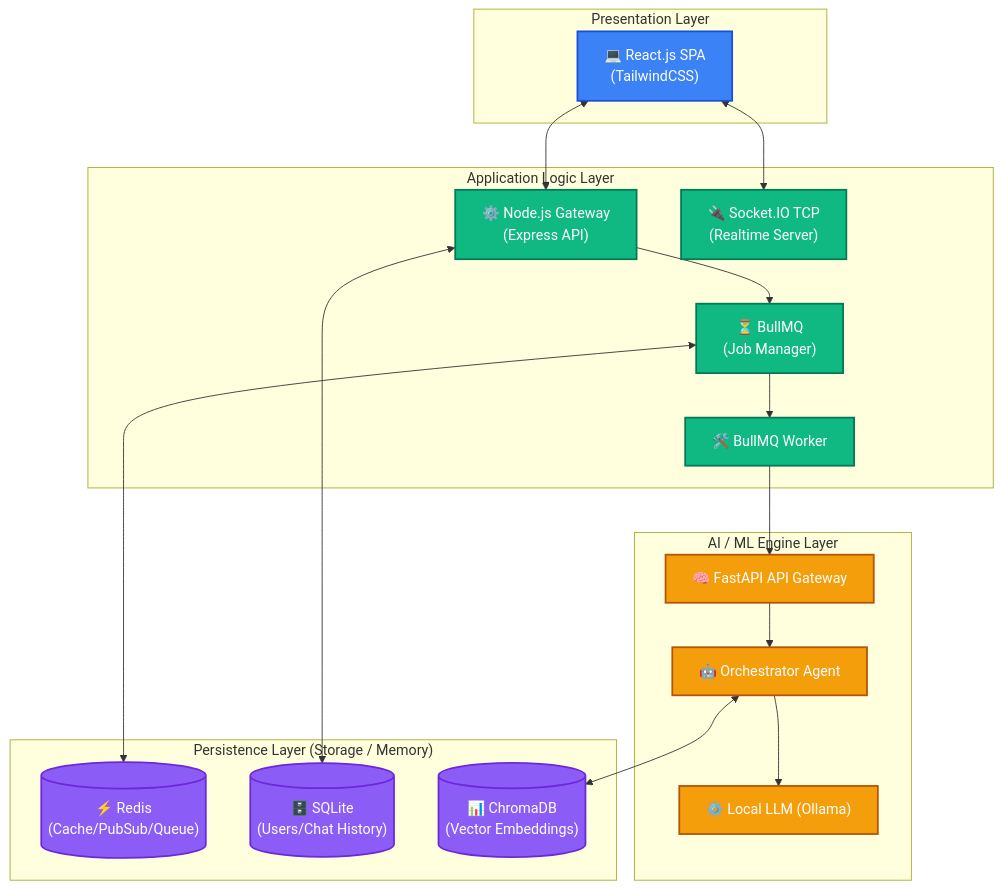
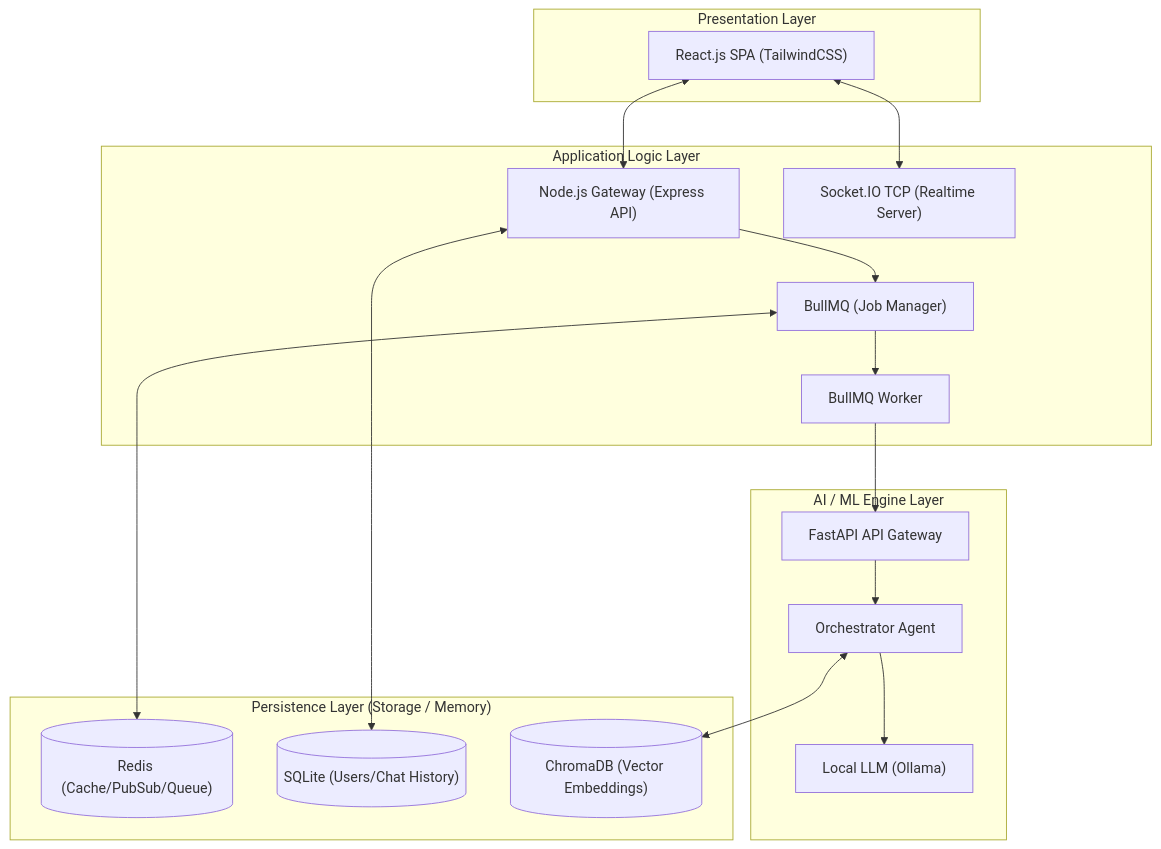
The first of 3 diagrams in README.md (2imyuH/RAG_LLM_ChatBot), drawn with Mermaid before and after one commit. The commit also changed other lines of this file, not shown here.

````diff
--- a/README.md
+++ b/README.md
@@ -15,41 +15,36 @@
 ```mermaid
 graph TD
-    classDef frontend fill:#3b82f6,stroke:#1d4ed8,stroke-width:2px,color:#fff
-    classDef backend fill:#10b981,stroke:#047857,stroke-width:2px,color:#fff
-    classDef ai fill:#f59e0b,stroke:#b45309,stroke-width:2px,color:#fff
-    classDef db fill:#8b5cf6,stroke:#6d28d9,stroke-width:2px,color:#fff
-
     subgraph "Presentation Layer"
-        UI["💻 React.js SPA<br/>(TailwindCSS)"]:::frontend
+        UI["React.js SPA (TailwindCSS)"]
     end
 
     subgraph "Application Logic Layer"
-        API["⚙️ Node.js Gateway<br/>(Express API)"]:::backend
-        SOCKET["🔌 Socket.IO TCP<br/>(Realtime Server)"]:::backend
-        QUEUE["⏳ BullMQ<br/>(Job Manager)"]:::backend
-        WORKER["🛠️ BullMQ Worker"]:::backend
+        API["Node.js Gateway (Express API)"]
+        SOCKET["Socket.IO TCP (Realtime Server)"]
+        QUEUE["BullMQ (Job Manager)"]
+        WORKER["BullMQ Worker"]
     end
 
     subgraph "AI / ML Engine Layer"
-        FASTAPI["🧠 FastAPI API Gateway"]:::ai
-        AGENT["🤖 Orchestrator Agent"]:::ai
-        LLM["⚙️ Local LLM (Ollama)"]:::ai
+        FASTAPI["FastAPI API Gateway"]
+        AGENT["Orchestrator Agent"]
+        LLM["Local LLM (Ollama)"]
     end
 
     subgraph "Persistence Layer (Storage / Memory)"
-        REDIS[("⚡ Redis<br>(Cache/PubSub/Queue)")]:::db
-        SQLITE[("🗄️ SQLite<br/>(Users/Chat History)")]:::db
-        CHROMA[("📊 ChromaDB<br/>(Vector Embeddings)")]:::db
+        REDIS[("Redis (Cache/PubSub/Queue)")]
+        SQLITE[("SQLite (Users/Chat History)")]
+        CHROMA[("ChromaDB (Vector Embeddings)")]
     end
 
     UI <--> API
     UI <--> SOCKET
     API --> QUEUE
     QUEUE <--> REDIS
     QUEUE --> WORKER
     WORKER --> FASTAPI
     FASTAPI --> AGENT
     AGENT --> LLM
     API <--> SQLITE
     AGENT <--> CHROMA
 ```
````
